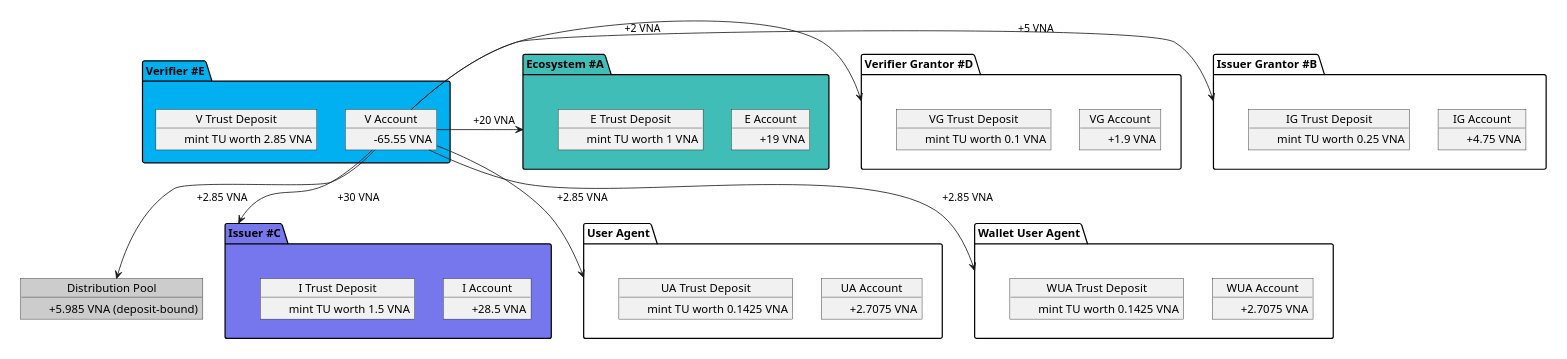
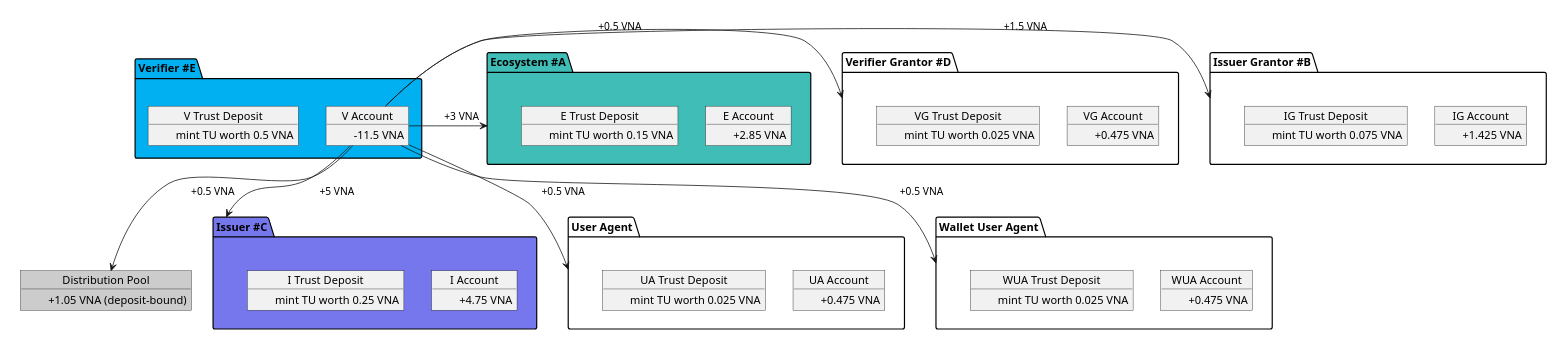
One commit to verana-labs/verifiable-trust-vpr-spec changed diagram 12 of 21 in spec.md. Above: the diagram before and after it, drawn with PlantUML. The commit also changed other lines of this file, not shown here.

First line of the commit message:
docs(spec): use realistic VNA amounts in examples

```diff
--- a/spec.md
+++ b/spec.md
@@ -969,85 +969,85 @@
 
 package "Ecosystem #A" as tr #3fbdb6 {
     object "E Account" as tra {
-         \t+19 VNA
+         \t+2.85 VNA
     }
     object "E Trust Deposit" as trtd {
-         \tmint TU worth 1 VNA
+         \tmint TU worth 0.15 VNA
     }
 }
 
 package "Issuer Grantor #B" as ig {
     object "IG Account" as iga {
-        \t+4.75 VNA
+        \t+1.425 VNA
     }
     object "IG Trust Deposit" as igtd {
-        \tmint TU worth 0.25 VNA
+        \tmint TU worth 0.075 VNA
     }
 }
 package "Issuer #C" as issuer #7677ed {
     object "I Account" as issuera {
-         \t+28.5 VNA
+         \t+4.75 VNA
     }
     object "I Trust Deposit" as issuertd {
-         \tmint TU worth 1.5 VNA
+         \tmint TU worth 0.25 VNA
     }
 
 }
 package "Verifier Grantor #D" as vg {
     object "VG Account" as vga {
-        \t+1.9 VNA
+        \t+0.475 VNA
     }
     object "VG Trust Deposit" as vgtd {
-        \tmint TU worth 0.1 VNA
+        \tmint TU worth 0.025 VNA
     }
 
 }
 package "Verifier #E" as verifier #00b0f0 {
     object "V Account" as verifiera {
-        \t-65.55 VNA
+        \t-11.5 VNA
     }
     object "V Trust Deposit" as verifiertd {
-        \tmint TU worth 2.85 VNA
+        \tmint TU worth 0.5 VNA
     }
 
 }
 package "User Agent" as ua {
     object "UA Account" as uaa {
-         \t+2.7075 VNA
+         \t+0.475 VNA
     }
     object "UA Trust Deposit" as uatd {
-        \tmint TU worth 0.1425 VNA
+        \tmint TU worth 0.025 VNA
     }
 
 }
 package "Wallet User Agent" as wua {
     object "WUA Account" as wuaa {
-         \t+2.7075 VNA
+         \t+0.475 VNA
     }
     object "WUA Trust Deposit" as wuatd {
-        \tmint TU worth 0.1425 VNA
+        \tmint TU worth 0.025 VNA
     }
 
 }
 
 object "Distribution Pool" as pool #cccccc {
-    \t+5.985 VNA (deposit-bound)
+    \t+1.05 VNA (deposit-bound)
 }
 
 
-verifiera -r-> tr: \t+20 VNA
+verifiera -r-> tr: \t+3 VNA
 
-verifiera -r-> vg: \t+2 VNA
+verifiera -r-> vg: \t+0.5 VNA
 
-verifiera -r-> ig: \t+5 VNA
+verifiera -r-> ig: \t+1.5 VNA
 
-verifiera -d-> issuer: \t+30 VNA
+verifiera -d-> issuer: \t+5 VNA
 
-verifiera -d-> ua: \t+2.85 VNA
+verifiera -d-> ua: \t+0.5 VNA
 
-verifiera -d-> wua: \t+2.85 VNA
+verifiera -d-> wua: \t+0.5 VNA
 
-verifiera --> pool:  \t+2.85 VNA
+verifiera --> pool:  \t+0.5 VNA
 
 @enduml
 
```
